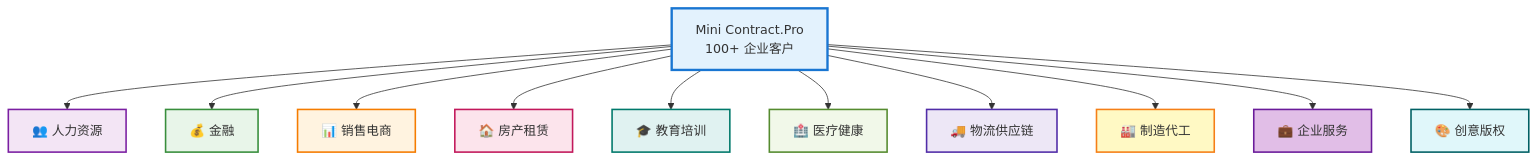
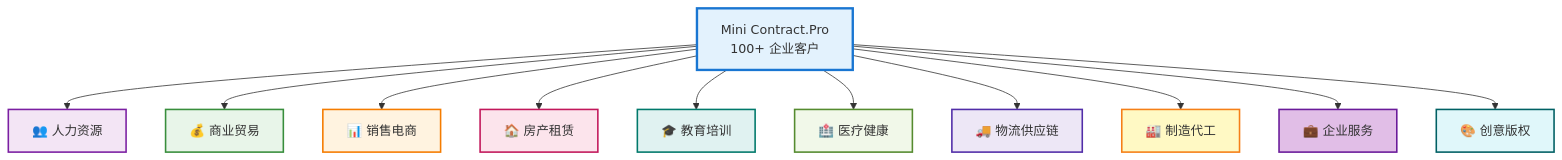
One commit to freeleepm/mini-contract changed the first of 11 diagrams in README.md. Above: the diagram before and after it, drawn with Mermaid. The commit also changed other lines of this file, not shown here.

````diff
--- a/README.md
+++ b/README.md
@@ -344,25 +344,25 @@
 ```mermaid
 graph TD
     A["Mini Contract.Pro<br/>100+ 企业客户"] --> B["👥 人力资源"]
-    A --> C["💰 金融"]
+    A --> C["💰 商业贸易"]
     A --> D["📊 销售电商"]
     A --> E["🏠 房产租赁"]
     A --> F["🎓 教育培训"]
     A --> G["🏥 医疗健康"]
     A --> H["🚚 物流供应链"]
     A --> I["🏭 制造代工"]
     A --> J["💼 企业服务"]
     A --> K["🎨 创意版权"]
     
     style A fill:#e3f2fd,stroke:#1976d2,stroke-width:3px
     style B fill:#f3e5f5,stroke:#7b1fa2,stroke-width:2px
     style C fill:#e8f5e9,stroke:#388e3c,stroke-width:2px
     style D fill:#fff3e0,stroke:#f57c00,stroke-width:2px
     style E fill:#fce4ec,stroke:#c2185b,stroke-width:2px
     style F fill:#e0f2f1,stroke:#00796b,stroke-width:2px
     style G fill:#f1f8e9,stroke:#558b2f,stroke-width:2px
     style H fill:#ede7f6,stroke:#512da8,stroke-width:2px
     style I fill:#fff9c4,stroke:#f57f17,stroke-width:2px
     style J fill:#e1bee7,stroke:#6a1b9a,stroke-width:2px
     style K fill:#e0f7fa,stroke:#006064,stroke-width:2px
 ```
````
